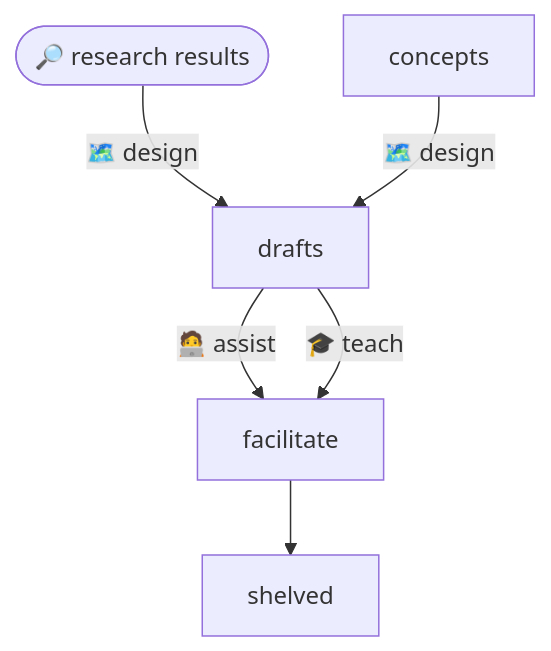
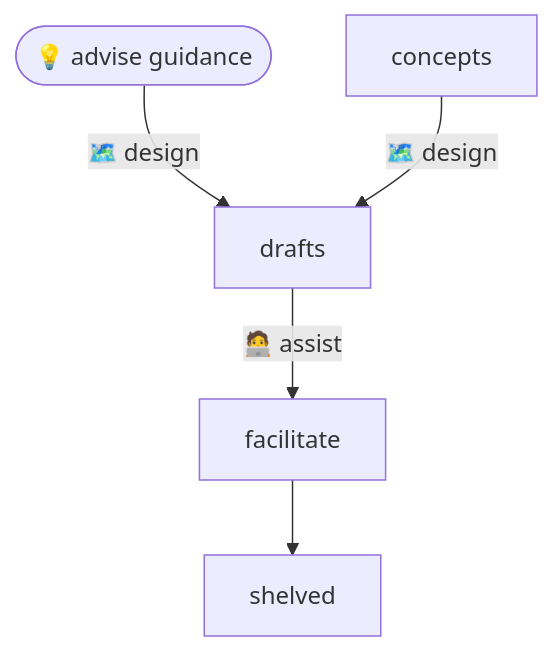
One commit to ahumandev/autocode changed the second of 2 diagrams in docs/usage.md. Above: the diagram before and after it, drawn with Mermaid. The commit also changed other lines of this file and 31 other files, not shown here.

First line of the commit message:
feat(agents)! - replace research and teach with advise

````diff
--- a/docs/usage.md
+++ b/docs/usage.md
@@ -40,8 +39,7 @@
 ```mermaid
 flowchart TD
-  Research([🔎 research results]) --🗺️ design--> drafts
+  Advise([💡 advise guidance]) --🗺️ design--> drafts
   concepts --🗺️ design--> drafts
   drafts --🧑‍💻 assist --> facilitate
-  drafts --🎓 teach --> facilitate
   facilitate --> shelved
 ```
````
